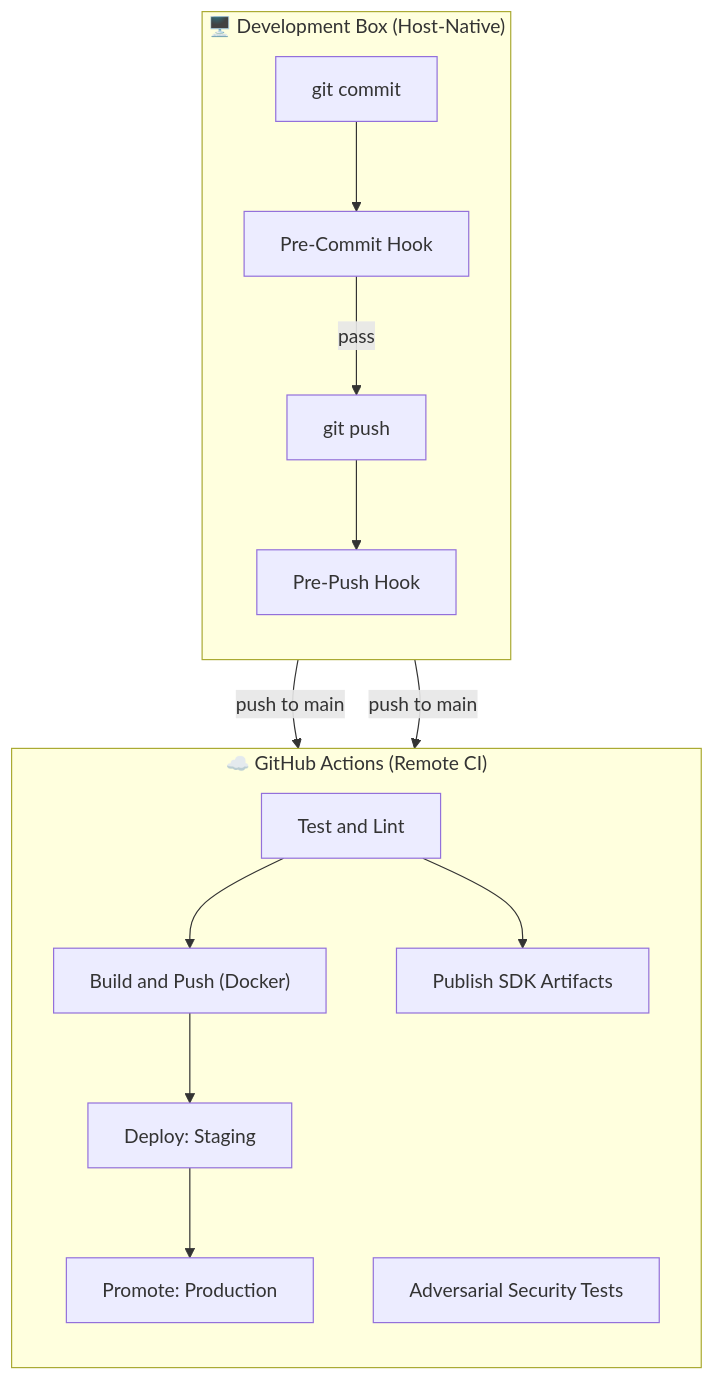
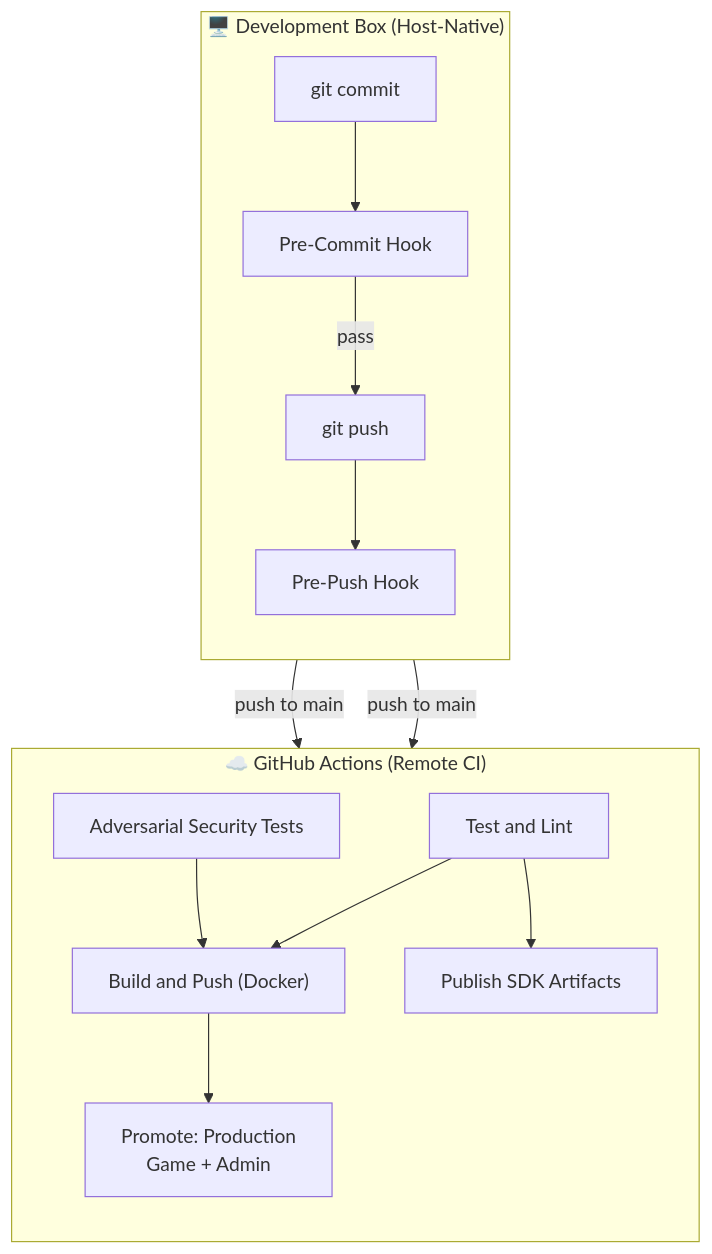
One commit to phalanxduel/phalanxduel changed the diagram in docs/system/delivery-pipeline.md. Above: the diagram before and after it, drawn with Mermaid. The commit also changed other lines of this file and 47 other files, not shown here.

Commit message:
feat(admin): canonicalize production operator service

````diff
--- a/docs/system/delivery-pipeline.md
+++ b/docs/system/delivery-pipeline.md
@@ -8,32 +8,31 @@
 ```mermaid
 flowchart TD
     subgraph DEV["🖥️ Development Box (Host-Native)"]
         direction TB
         COMMIT["git commit"]
         PRECOMMIT["Pre-Commit Hook"]
         PUSH["git push"]
         PREPUSH["Pre-Push Hook"]
 
         COMMIT --> PRECOMMIT
         PRECOMMIT -->|pass| PUSH
         PUSH --> PREPUSH
     end
 
     subgraph CI["☁️ GitHub Actions (Remote CI)"]
         direction TB
         TEST["Test and Lint"]
         ADVERSARIAL["Adversarial Security Tests"]
         BUILD["Build and Push (Docker)"]
         SDK["Publish SDK Artifacts"]
-        STAGING["Deploy: Staging"]
-        PROD["Promote: Production"]
+        PROD["Promote: Production<br/>Game + Admin"]
 
         TEST --> BUILD
+        ADVERSARIAL --> BUILD
         TEST --> SDK
-        BUILD --> STAGING
-        STAGING --> PROD
+        BUILD --> PROD
     end
 
     PREPUSH -->|"push to main"| TEST
     PREPUSH -->|"push to main"| ADVERSARIAL
 ```
````
